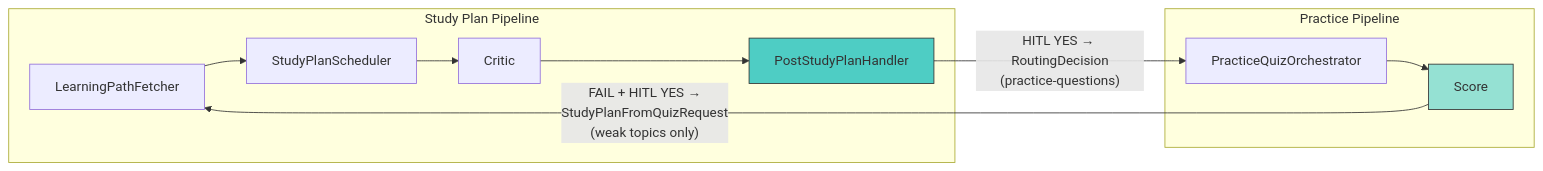
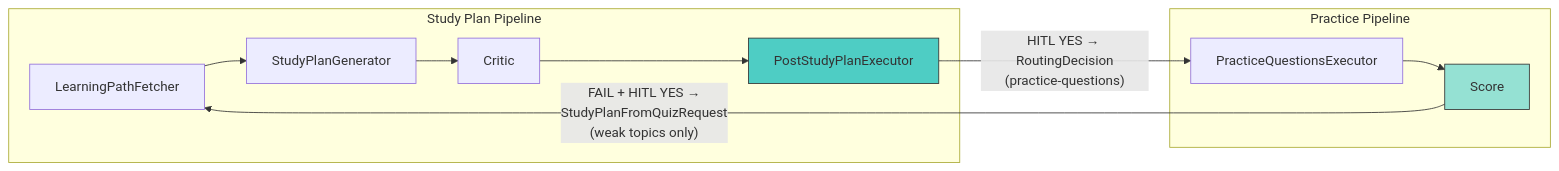
The third of 14 diagrams in ARCHITECTURE.md (fernandosalomao/certinator-ai), drawn with Mermaid before and after one commit. The commit also changed other lines of this file, not shown here.

Commit message:
Updated Architecture Doc

````diff
--- a/ARCHITECTURE.md
+++ b/ARCHITECTURE.md
@@ -145,16 +155,16 @@
 ```mermaid
 flowchart LR
     subgraph "Study Plan Pipeline"
-        LPF1[LearningPathFetcher] --> SP1[StudyPlanScheduler] --> C1[Critic] --> PSP1[PostStudyPlanHandler]
+        LPF1[LearningPathFetcher] --> SP1[StudyPlanGenerator] --> C1[Critic] --> PSP1[PostStudyPlanExecutor]
     end
 
     subgraph "Practice Pipeline"
-        PQ1[PracticeQuizOrchestrator] --> SCORE1[Score]
+        PQ1[PracticeQuestionsExecutor] --> SCORE1[Score]
     end
 
     PSP1 -- "HITL YES → RoutingDecision<br/>(practice-questions)" --> PQ1
     SCORE1 -- "FAIL + HITL YES →<br/>StudyPlanFromQuizRequest<br/>(weak topics only)" --> LPF1
 
     style PSP1 fill:#4ecdc4,stroke:#333,color:#333
     style SCORE1 fill:#95e1d3,stroke:#333,color:#333
 ```
````
